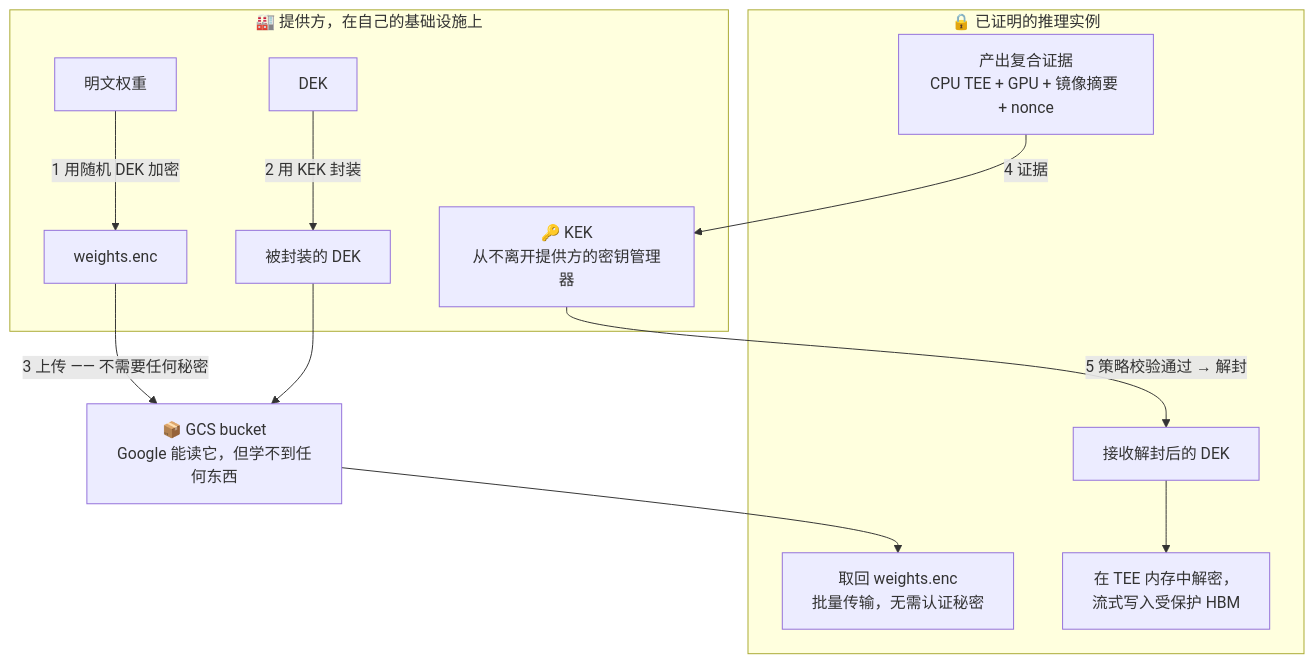
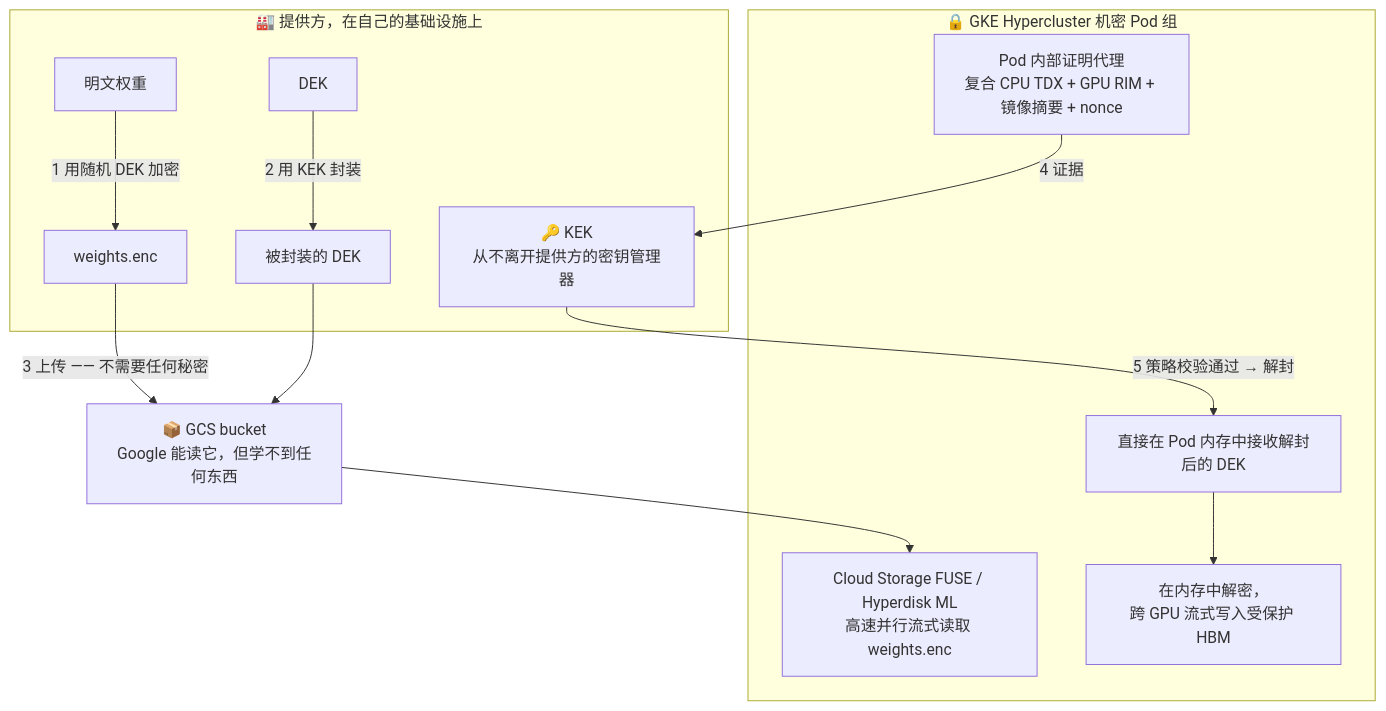
The second of 5 diagrams in docs/zh/06_designing_confidential_llm_serving_on_gke.md (Marinette101/llm-cc-in-k8s), drawn with Mermaid before and after one commit. The commit also changed other lines of this file and 9 other files, not shown here.

Commit message:
feat: incorporate GKE Hypercluster and AI Hypercomputer architecture into confidential LLM serving docs

````diff
--- a/docs/zh/06_designing_confidential_llm_serving_on_gke.md
+++ b/docs/zh/06_designing_confidential_llm_serving_on_gke.md
@@ -106,23 +129,23 @@
 ```mermaid
 flowchart TD
     subgraph PROV ["🏭 提供方，在自己的基础设施上"]
         A["明文权重"] -->|"1 用随机 DEK 加密"| B["weights.enc"]
         C["DEK"] -->|"2 用 KEK 封装"| D["被封装的 DEK"]
         E["🔑 KEK<br>从不离开提供方的密钥管理器"]
     end
 
     B -->|"3 上传 —— 不需要任何秘密"| F["📦 GCS bucket<br>Google 能读它，但学不到任何东西"]
     D --> F
 
-    subgraph TEE ["🔒 已证明的推理实例"]
-        G["取回 weights.enc<br>批量传输，无需认证秘密"]
-        H["产出复合证据<br>CPU TEE + GPU + 镜像摘要 + nonce"]
-        I["接收解封后的 DEK"]
-        J["在 TEE 内存中解密，<br>流式写入受保护 HBM"]
+    subgraph GKE_TEE ["🔒 GKE Hypercluster 机密 Pod 组"]
+        G["Cloud Storage FUSE / Hyperdisk ML<br>高速并行流式读取 weights.enc"]
+        H["Pod 内部证明代理<br>复合 CPU TDX + GPU RIM + 镜像摘要 + nonce"]
+        I["直接在 Pod 内存中接收解封后的 DEK"]
+        J["在内存中解密，<br>跨 GPU 流式写入受保护 HBM"]
     end
 
     F --> G
     H -->|"4 证据"| E
     E -->|"5 策略校验通过 → 解封"| I
     I --> J
 ```
````
